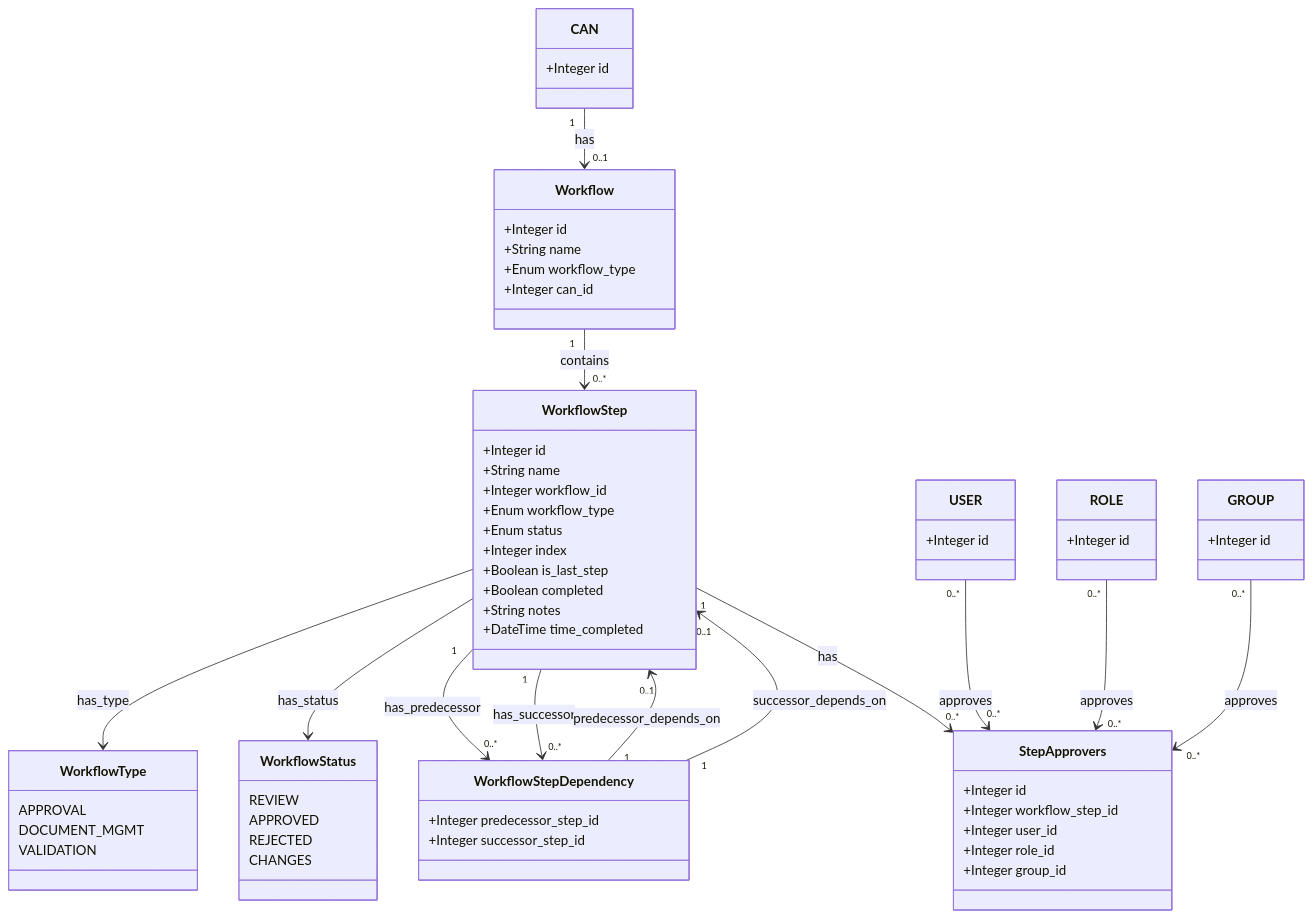
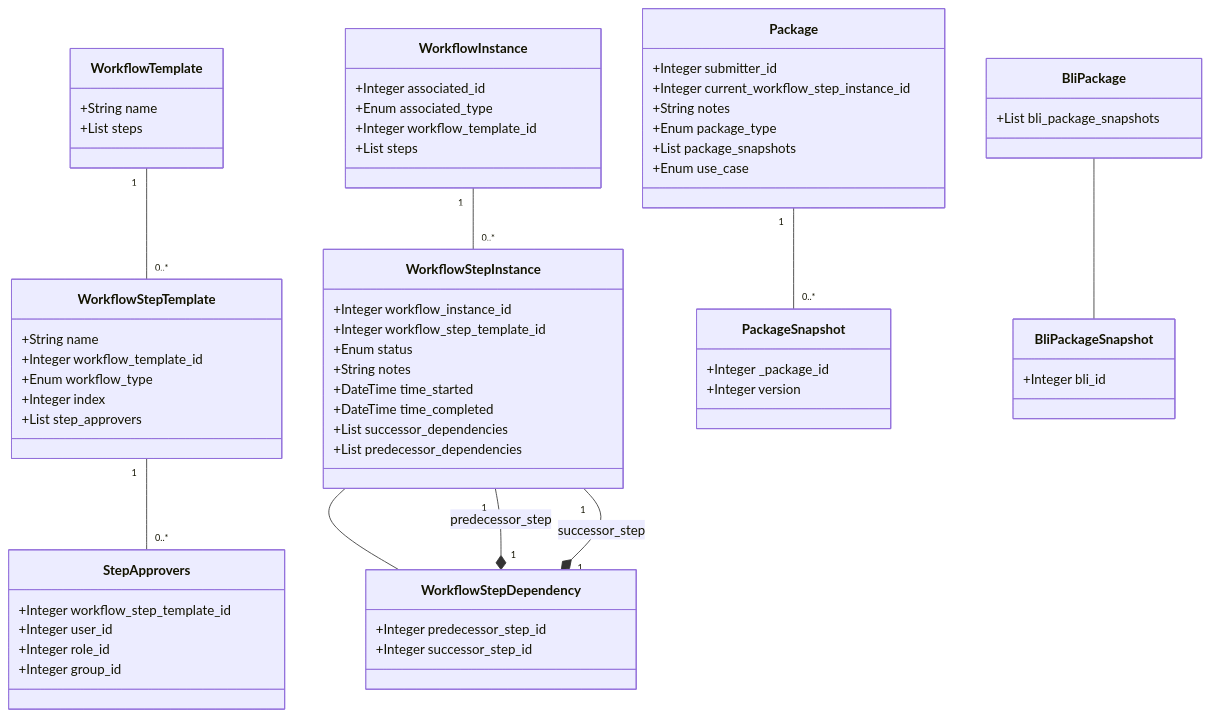
The diagram in docs/workflow/Workflow-ClassDiagram.mmd (HHS/OPRE-OPS), drawn with Mermaid before and after one commit. The commit also changed 9 other files, not shown here.

```diff
--- a/docs/workflow/Workflow-ClassDiagram.mmd
+++ b/docs/workflow/Workflow-ClassDiagram.mmd
@@ -1,76 +1,75 @@
 classDiagram
-    class Workflow {
-        +Integer id
+    class WorkflowTemplate {
         +String name
-        +Enum workflow_type
-        +Integer can_id
+        +List steps
     }
 
-    class WorkflowType {
-        APPROVAL
-        DOCUMENT_MGMT
-        VALIDATION
+    class WorkflowInstance {
+        +Integer associated_id
+        +Enum associated_type
+        +Integer workflow_template_id
+        +List steps
     }
 
-    class WorkflowStatus {
-        REVIEW
-        APPROVED
-        REJECTED
-        CHANGES
+    class WorkflowStepTemplate {
+        +String name
+        +Integer workflow_template_id
+        +Enum workflow_type
+        +Integer index
+        +List step_approvers
     }
 
-    class WorkflowStep {
-        +Integer id
-        +String name
-        +Integer workflow_id
-        +Enum workflow_type
+    class WorkflowStepInstance {
+        +Integer workflow_instance_id
+        +Integer workflow_step_template_id
         +Enum status
-        +Integer index
-        +Boolean is_last_step
-        +Boolean completed
         +String notes
+        +DateTime time_started
         +DateTime time_completed
+        +List successor_dependencies
+        +List predecessor_dependencies
     }
 
     class WorkflowStepDependency {
         +Integer predecessor_step_id
         +Integer successor_step_id
     }
 
     class StepApprovers {
-        +Integer id
-        +Integer workflow_step_id
+        +Integer workflow_step_template_id
         +Integer user_id
         +Integer role_id
         +Integer group_id
     }
 
-    Workflow "1" --> "0..*" WorkflowStep: contains
-    WorkflowStep --> WorkflowType: has_type
-    WorkflowStep --> WorkflowStatus: has_status
-    WorkflowStep "1" --> "0..*" WorkflowStepDependency: has_predecessor
-    WorkflowStep "1" --> "0..*" WorkflowStepDependency: has_successor
-    WorkflowStepDependency "1" --> "0..1" WorkflowStep: predecessor_depends_on
-    WorkflowStepDependency "1" --> "0..1" WorkflowStep: successor_depends_on
-    WorkflowStep "1" --> "0..*" StepApprovers: has
-
-    class CAN {
-        +Integer id
+    class Package {
+        +Integer submitter_id
+        +Integer current_workflow_step_instance_id
+        +String notes
+        +Enum package_type
+        +List package_snapshots
+        +Enum use_case
     }
 
-    class USER {
-        +Integer id
+    class BliPackage {
+        +List bli_package_snapshots
     }
 
-    class ROLE {
-        +Integer id
+    class PackageSnapshot {
+        +Integer _package_id
+        +Integer version
     }
 
-    class GROUP {
-        +Integer id
+    class BliPackageSnapshot {
+        +Integer bli_id
     }
 
-    CAN "1" --> "0..1" Workflow: has
-    USER "0..*" --> "0..*" StepApprovers: approves
-    ROLE "0..*" --> "0..*" StepApprovers: approves
-    GROUP "0..*" --> "0..*" StepApprovers: approves
+    WorkflowTemplate "1" -- "0..*" WorkflowStepTemplate
+    WorkflowInstance "1" -- "0..*" WorkflowStepInstance
+    WorkflowStepTemplate "1" -- "0..*" StepApprovers
+    WorkflowStepInstance -- WorkflowStepDependency
+    Package "1" -- "0..*" PackageSnapshot
+    BliPackage -- BliPackageSnapshot
+
+    WorkflowStepDependency "1" *-- "1" WorkflowStepInstance : predecessor_step
+    WorkflowStepDependency "1" *-- "1" WorkflowStepInstance : successor_step
```
